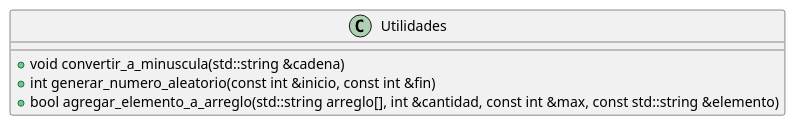
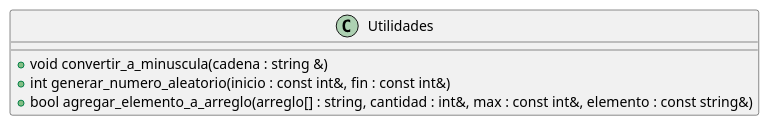
Before and after one commit to guillsil/Transformers-Game: the diagram in Diagramas-UML/Utilidades.puml, drawn with PlantUML. The commit also changed 15 other files, not shown here.

Commit message:
Refactor: adapto los uml ya que los mismo con los atributos primero va el nombre y luego el tipo.

```diff
--- a/Diagramas-UML/Utilidades.puml
+++ b/Diagramas-UML/Utilidades.puml
@@ -1,10 +1,10 @@
 @startuml
 'https://plantuml.com/class-diagram
 
 class Utilidades {
-    + void convertir_a_minuscula(std::string &cadena)
-    + int generar_numero_aleatorio(const int &inicio, const int &fin)
-    + bool agregar_elemento_a_arreglo(std::string arreglo[], int &cantidad, const int &max, const std::string &elemento)
+    + void convertir_a_minuscula(cadena : string &)
+    + int generar_numero_aleatorio(inicio : const int&, fin : const int&)
+    + bool agregar_elemento_a_arreglo(arreglo[] : string, cantidad : int&, max : const int&, elemento : const string&)
 }
 
 @enduml
```
